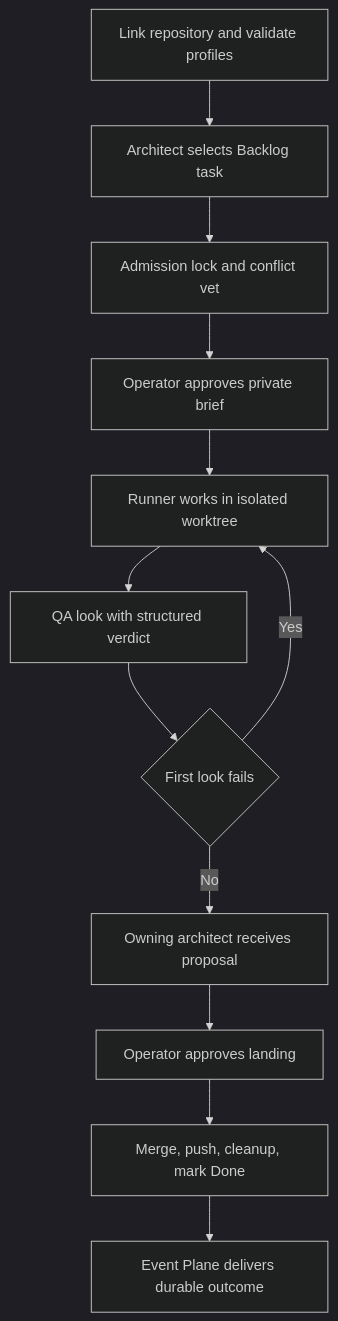
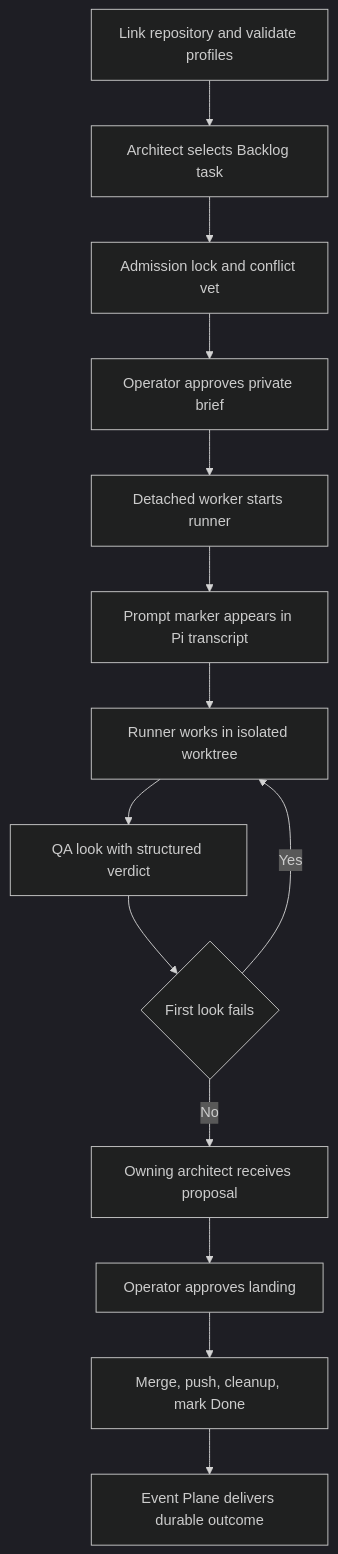
The diagram in openwiki/quickstart.md (hypermemetic-ai/qq), drawn with Mermaid (dark theme) before and after one commit. The commit also changed other lines of this file and 5 other files, not shown here.

````diff
--- a/openwiki/quickstart.md
+++ b/openwiki/quickstart.md
@@ -27,14 +27,16 @@
 ```mermaid
 flowchart TD
     Link["Link repository and validate profiles"] --> Architect["Architect selects Backlog task"]
     Architect --> Admit["Admission lock and conflict vet"]
     Admit --> Gate["Operator approves private brief"]
-    Gate --> Runner["Runner works in isolated worktree"]
+    Gate --> Bootstrap["Detached worker starts runner"]
+    Bootstrap --> Proof["Prompt marker appears in Pi transcript"]
+    Proof --> Runner["Runner works in isolated worktree"]
     Runner --> QA["QA look with structured verdict"]
     QA --> Fix{"First look fails"}
     Fix -->|Yes| Runner
     Fix -->|No| Proposal["Owning architect receives proposal"]
     Proposal --> Approve["Operator approves landing"]
     Approve --> Land["Merge, push, cleanup, mark Done"]
     Land --> Outcome["Event Plane delivers durable outcome"]
 ```
````
